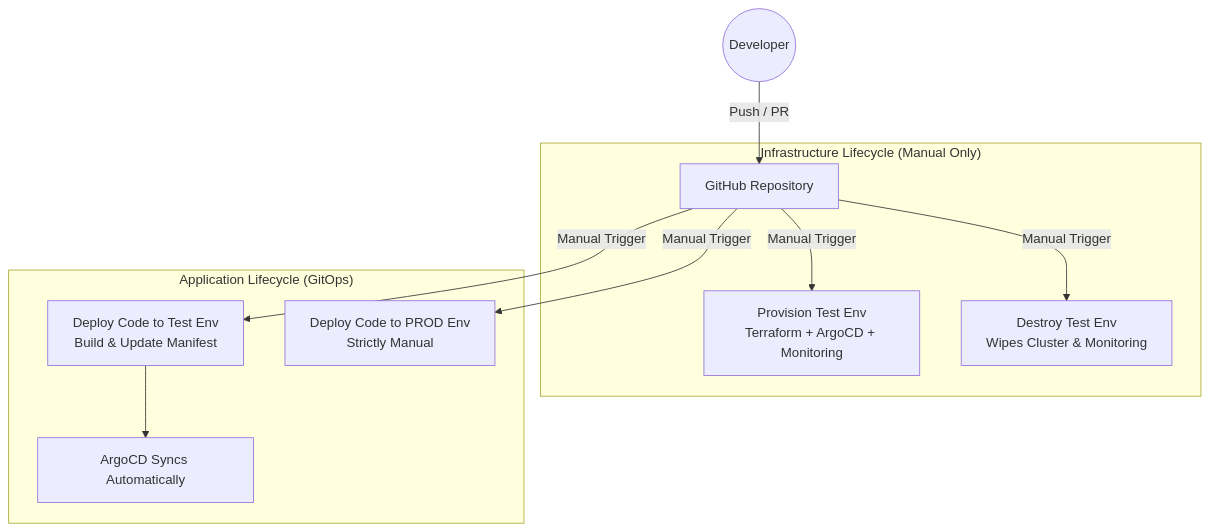
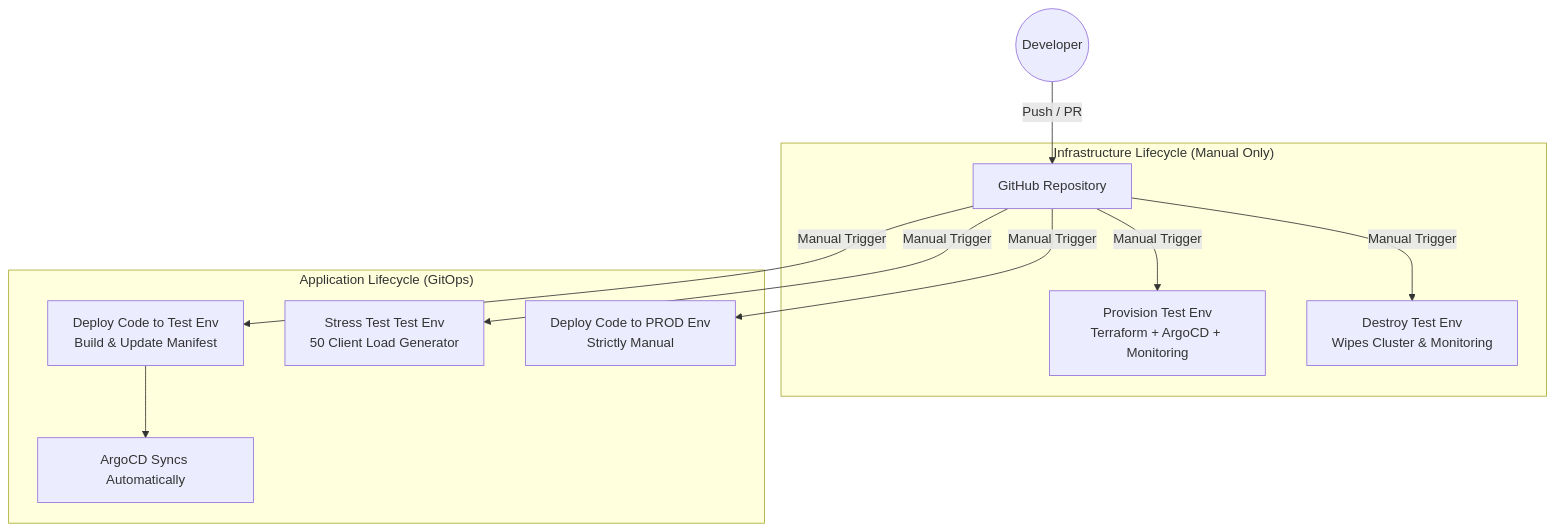
One commit to Eran-Meir/IRC changed the diagram in README.md. Above: the diagram before and after it, drawn with Mermaid. The commit also changed 3 other files, not shown here.

Commit message:
feat(testing): add automated 50-client stress test workflow (5-stress-test-test-env.yml) and stress_test.py script

````diff
--- a/README.md
+++ b/README.md
@@ -22,15 +22,16 @@
 ```mermaid
 graph TD
     Developer((Developer)) -->|Push / PR| GitHub[GitHub Repository]
     
     subgraph Infra ["Infrastructure Lifecycle (Manual Only)"]
         GitHub -->|Manual Trigger| ProvTest[Provision Test Env<br/>Terraform + ArgoCD + Monitoring]
         GitHub -->|Manual Trigger| DestTest[Destroy Test Env<br/>Wipes Cluster & Monitoring]
     end
 
     subgraph App ["Application Lifecycle (GitOps)"]
         GitHub -->|Manual Trigger| DepTest[Deploy Code to Test Env<br/>Build & Update Manifest]
         DepTest --> ArgoCD[ArgoCD Syncs Automatically]
+        GitHub -->|Manual Trigger| StressTest[Stress Test Test Env<br/>50 Client Load Generator]
         GitHub -->|Manual Trigger| DepProd[Deploy Code to PROD Env<br/>Strictly Manual]
     end
 ```
````
